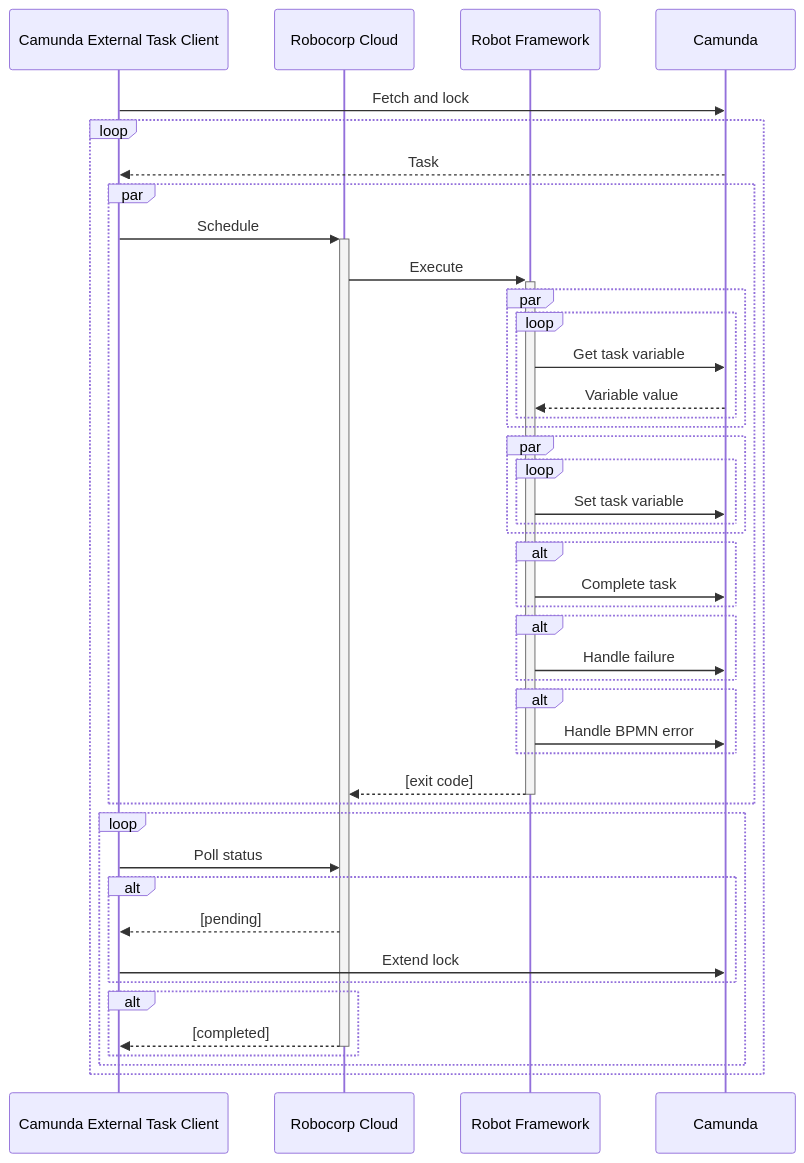
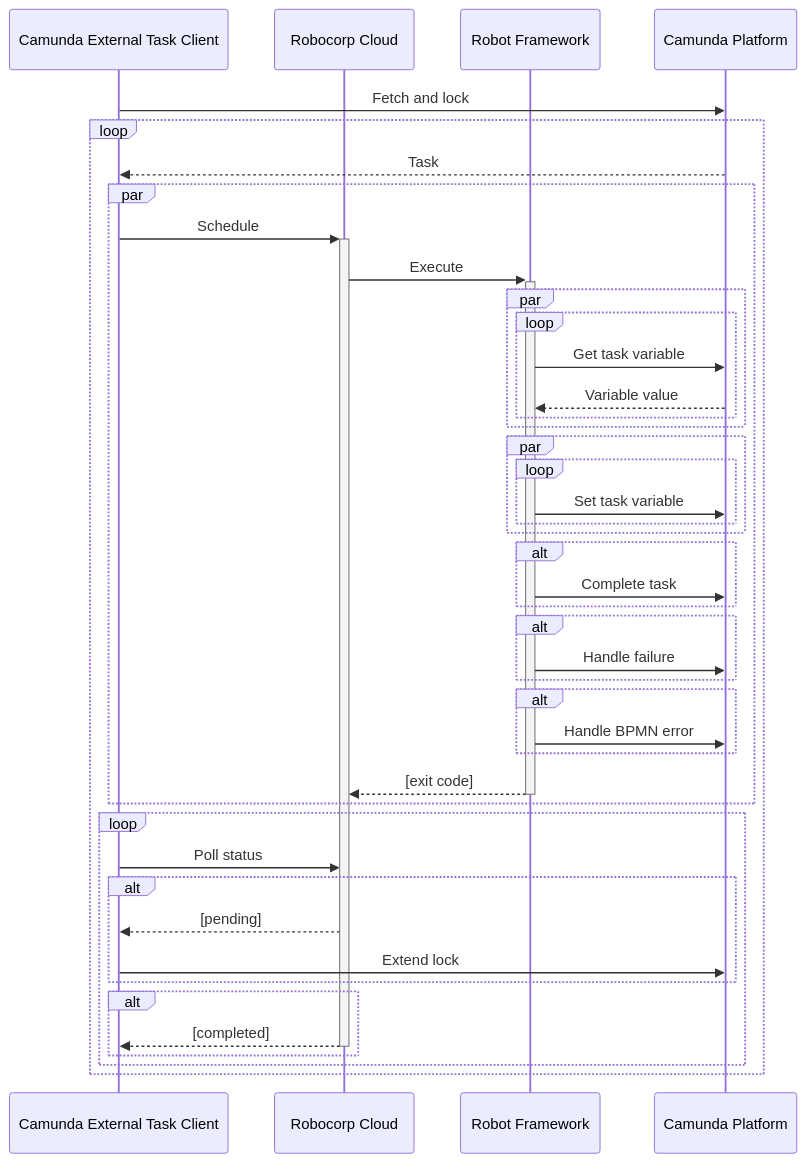
The diagram in content/blog/2021/07/camunda-robocorp-cloud-executor/index.md (datakurre/blog), drawn with Mermaid before and after one commit.

Commit message:
Update post

````diff
--- a/content/blog/2021/07/camunda-robocorp-cloud-executor/index.md
+++ b/content/blog/2021/07/camunda-robocorp-cloud-executor/index.md
@@ -85,47 +85,47 @@
 ```mermaid
 sequenceDiagram
     participant Camunda External Task Client
     participant Robocorp Cloud
     participant Robot Framework
 
-    Camunda External Task Client->>Camunda: Fetch and lock
+    Camunda External Task Client->>Camunda Platform: Fetch and lock
     loop
-    Camunda-->>Camunda External Task Client: Task
+    Camunda Platform-->>Camunda External Task Client: Task
     par
     Camunda External Task Client->>+Robocorp Cloud: Schedule
     Robocorp Cloud->>+Robot Framework: Execute
     par
     loop
-    Robot Framework->>Camunda: Get task variable
-    Camunda-->>Robot Framework: Variable value
+    Robot Framework->>Camunda Platform: Get task variable
+    Camunda Platform-->>Robot Framework: Variable value
     end
     end
     par
     loop
-    Robot Framework->>Camunda: Set task variable
+    Robot Framework->>Camunda Platform: Set task variable
     end
     end
     alt
-    Robot Framework->>Camunda: Complete task
+    Robot Framework->>Camunda Platform: Complete task
     end
     alt
-    Robot Framework->>Camunda: Handle failure
+    Robot Framework->>Camunda Platform: Handle failure
     end
     alt
-    Robot Framework->>Camunda: Handle BPMN error
+    Robot Framework->>Camunda Platform: Handle BPMN error
     end
     Robot Framework-->>-Robocorp Cloud: [exit code]
     end
 
     loop 
     Camunda External Task Client->>Robocorp Cloud: Poll status
     alt
     Robocorp Cloud-->>Camunda External Task Client: [pending]
-    Camunda External Task Client->>Camunda: Extend lock
+    Camunda External Task Client->>Camunda Platform: Extend lock
     end
     alt
     Robocorp Cloud-->>-Camunda External Task Client: [completed]
     end
     end
     end
 ```
````
